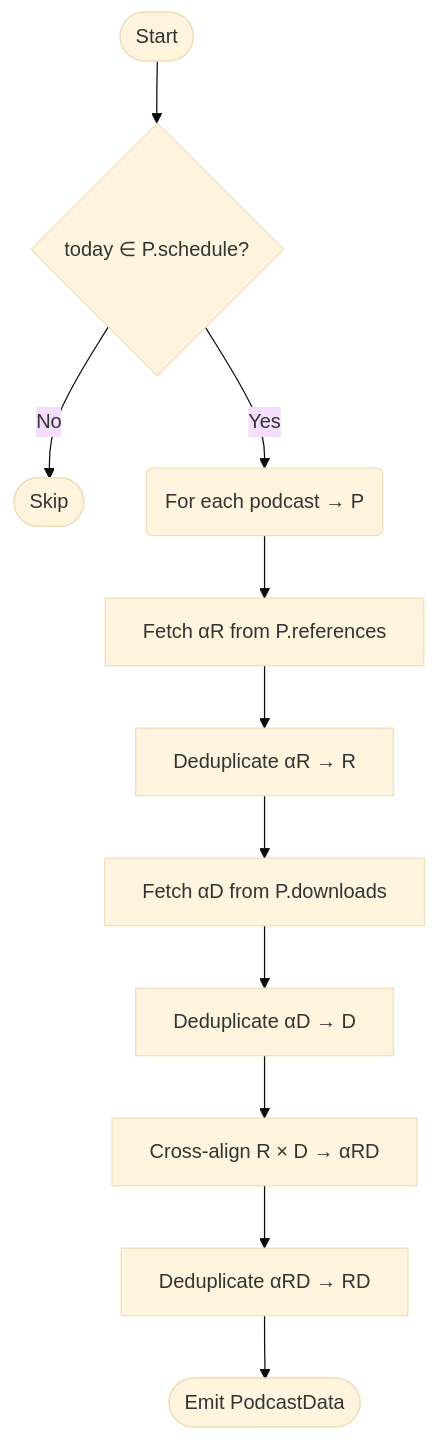
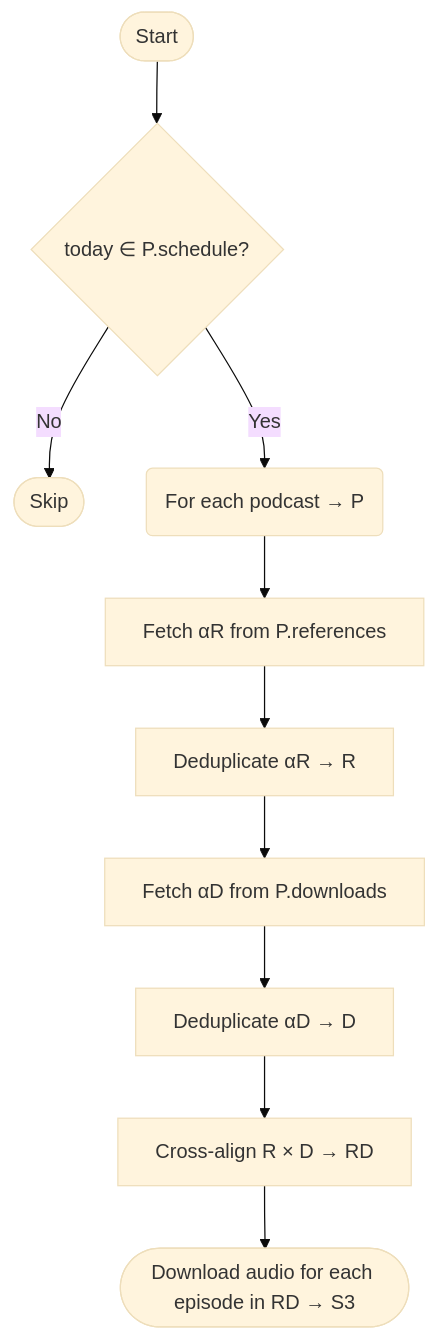
Before and after one commit to BinaryBand/adrift: the third of 6 diagrams in docs/SPECS.md, drawn with Mermaid (base theme). The commit also changed other lines of this file and 8 other files, not shown here.

Commit message:
Enhance podcast scheduling and analysis: Update schedules for existing podcasts, add new analysis script for publish cadence, and implement tests for episode collection and merging pipeline

````diff
--- a/docs/SPECS.md
+++ b/docs/SPECS.md
@@ -101,13 +108,12 @@
 ```mermaid
 flowchart TD
     A([Start]) --> B{today ∈ P.schedule?}
     B -- No --> Z([Skip])
     B -- Yes --> C(For each podcast → P)
     C --> X[Fetch αR from P.references]
     X --> D[Deduplicate αR → R]
     D --> E[Fetch αD from P.downloads]
     E --> F[Deduplicate αD → D]
-    F --> G[Cross-align R × D → αRD]
-    G --> H[Deduplicate αRD → RD]
-    H --> J([Emit PodcastData])
+    F --> G[Cross-align R × D → RD]
+    G --> J([Download audio for each episode in RD → S3])
 ```
````
